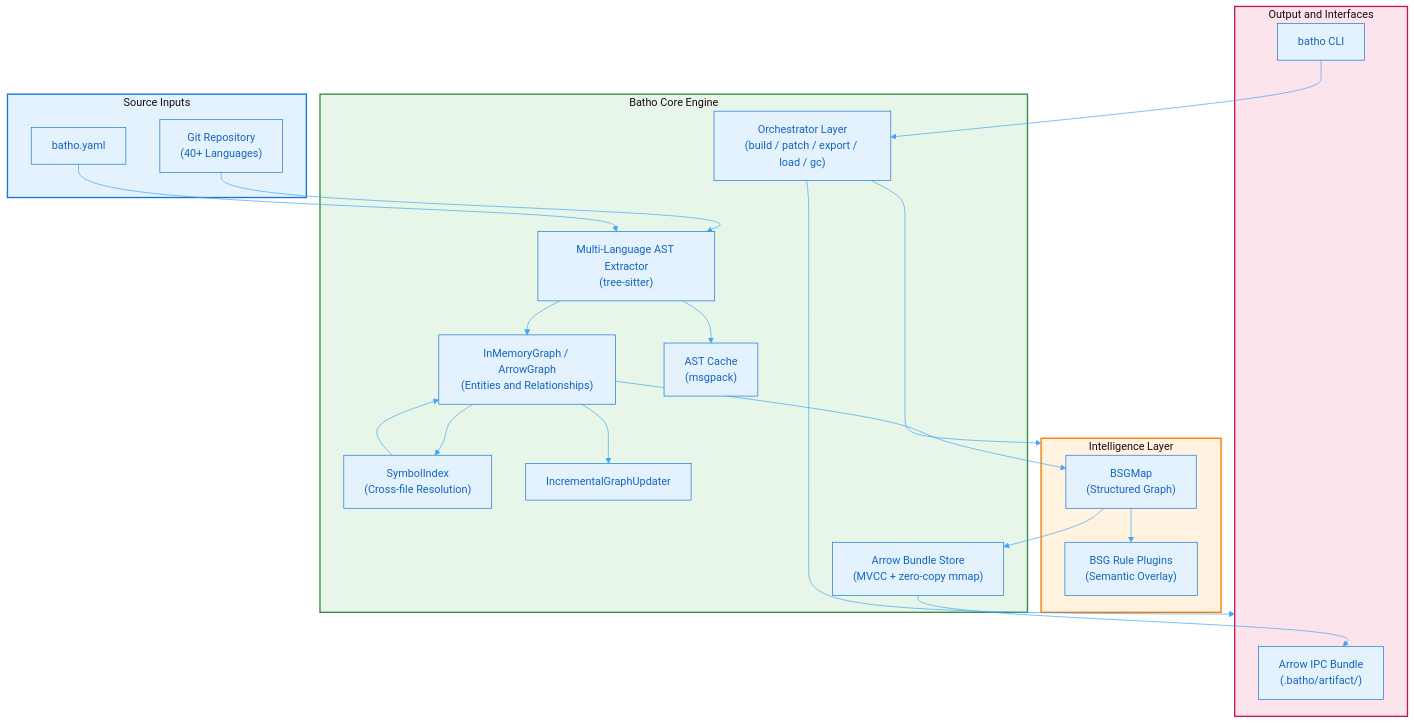
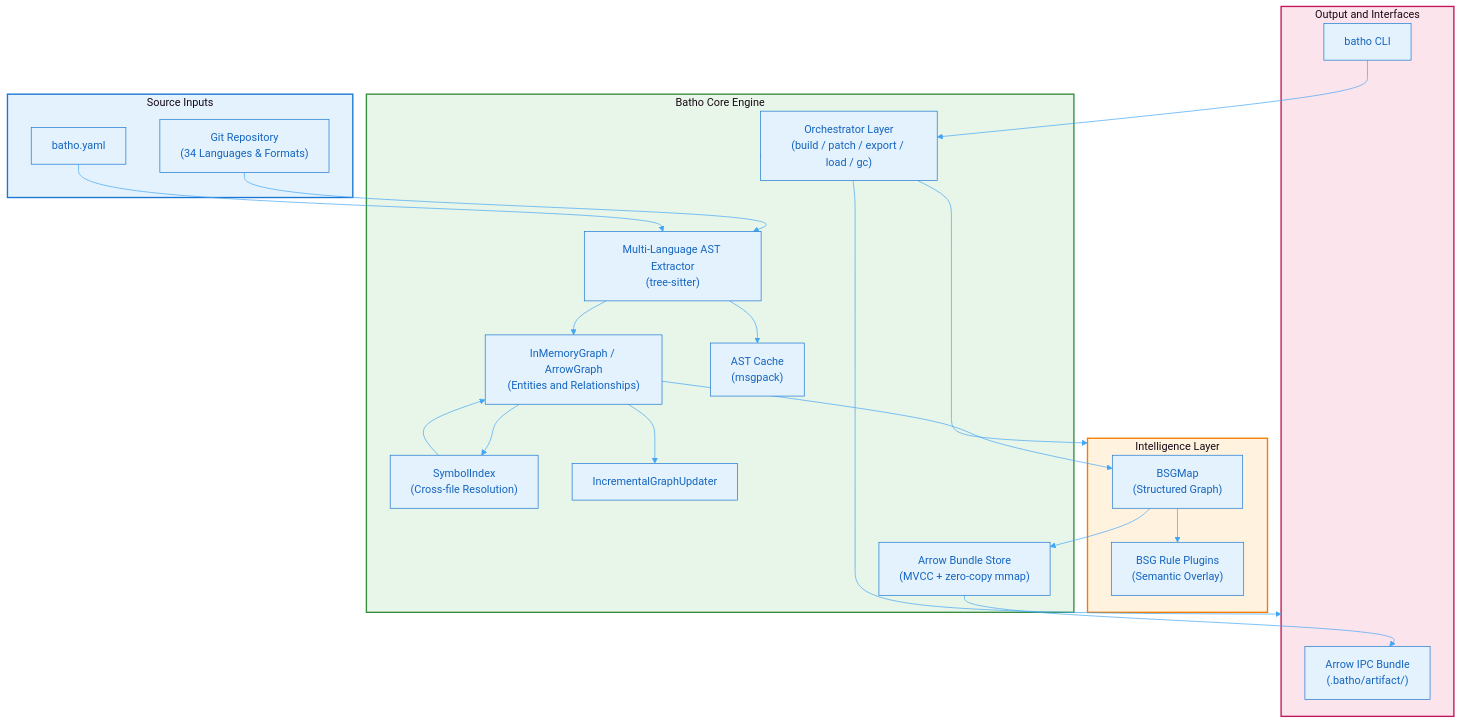
The first of 2 diagrams in docs-site/docs/whitepaper/architecture.md (sageoz/Batho), drawn with Mermaid before and after one commit. The commit also changed other lines of this file and 229 other files, not shown here.

````diff
--- a/docs-site/docs/whitepaper/architecture.md
+++ b/docs-site/docs/whitepaper/architecture.md
@@ -13,49 +13,49 @@
 ```mermaid
 %%{init: {'theme': 'base', 'themeVariables': { 'primaryColor': '#e3f2fd', 'primaryTextColor': '#1565c0', 'primaryBorderColor': '#1976d2', 'lineColor': '#42a5f5', 'secondaryColor': '#f3e5f5', 'tertiaryColor': '#e8f5e9'}}}%%
 flowchart TB
     subgraph Sources["Source Inputs"]
-        Repo["Git Repository<br/>(40+ Languages)"]
+        Repo["Git Repository<br/>(34 Languages & Formats)"]
         Config["batho.yaml"]
     end
 
     subgraph Core["Batho Core Engine"]
         Orchestrator["Orchestrator Layer<br/>(build / patch / export / load / gc)"]
         Extractor["Multi-Language AST Extractor<br/>(tree-sitter)"]
         Graph["InMemoryGraph / ArrowGraph<br/>(Entities and Relationships)"]
         Cache["AST Cache<br/>(msgpack)"]
         SymbolIndex["SymbolIndex<br/>(Cross-file Resolution)"]
         Incremental["IncrementalGraphUpdater"]
         Storage["Arrow Bundle Store<br/>(MVCC + zero-copy mmap)"]
     end
 
     subgraph Intelligence["Intelligence Layer"]
         BSG["BSGMap<br/>(Structured Graph)"]
         Rules["BSG Rule Plugins<br/>(Semantic Overlay)"]
     end
 
     subgraph Output["Output and Interfaces"]
         Bundle["Arrow IPC Bundle<br/>(.batho/artifact/)"]
         CLI["batho CLI"]
     end
 
     Repo --> Extractor
     Config --> Extractor
     Extractor --> Cache
     Extractor --> Graph
     Graph --> SymbolIndex
     SymbolIndex --> Graph
     Graph --> Incremental
     Graph --> BSG
     BSG --> Rules
     BSG --> Storage
     Storage --> Bundle
     CLI --> Orchestrator
     Orchestrator --> Core
     Orchestrator --> Intelligence
     Orchestrator --> Output
 
     style Sources fill:#e3f2fd,stroke:#1976d2,stroke-width:2px
     style Core fill:#e8f5e9,stroke:#388e3c,stroke-width:2px
     style Intelligence fill:#fff3e0,stroke:#f57c00,stroke-width:2px
     style Output fill:#fce4ec,stroke:#c2185b,stroke-width:2px
 ```
````
